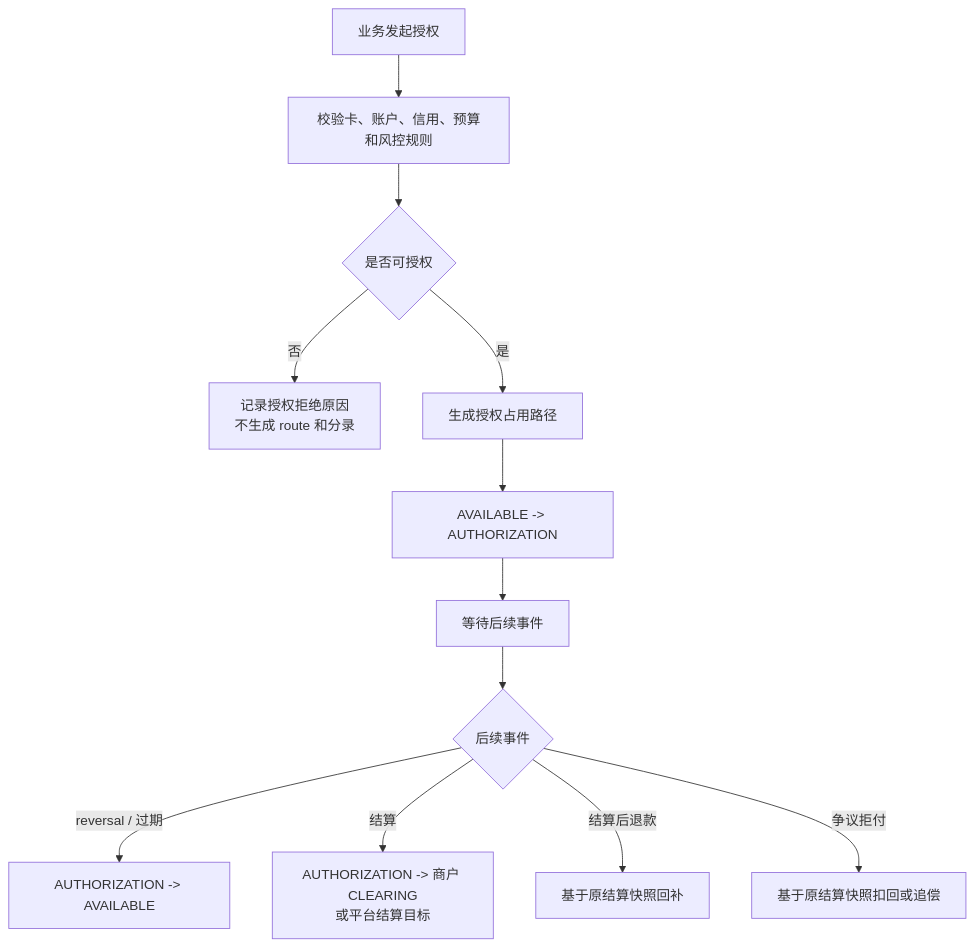
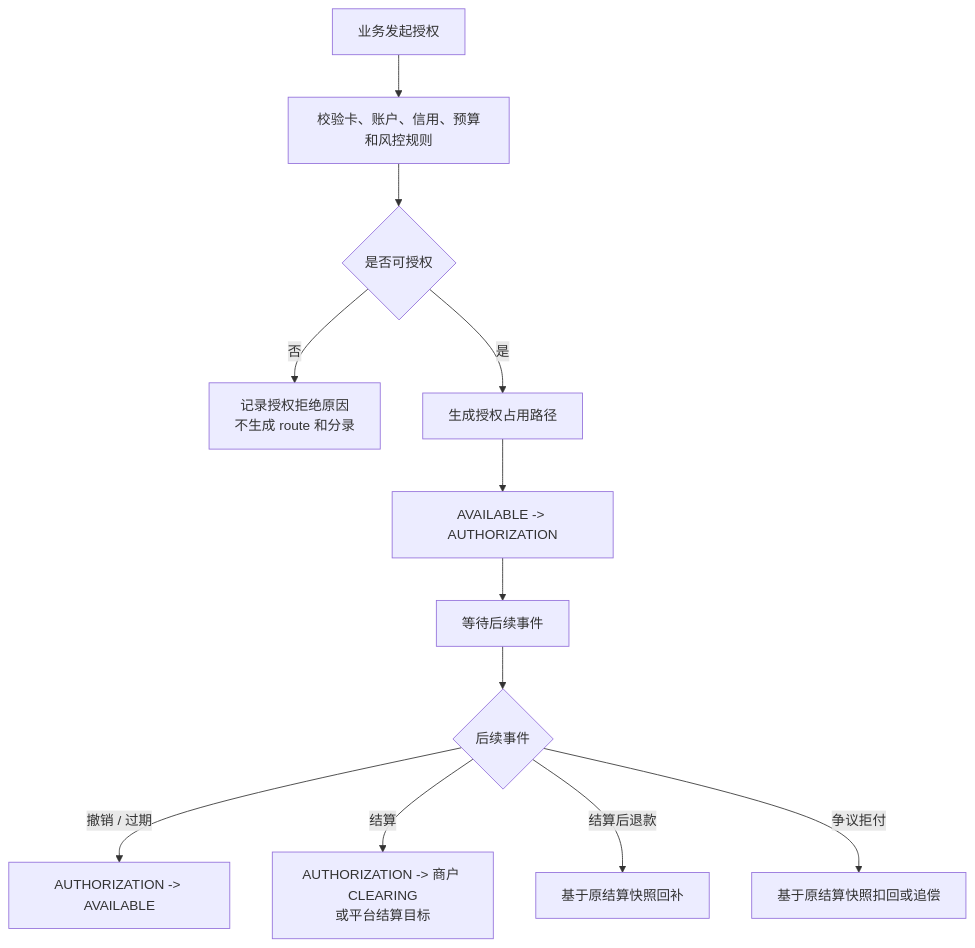
The third of 13 diagrams in docs/产品设计/02-交易路由钱包账目与投影.md (fengwuxp/wind-funds), drawn with Mermaid before and after one commit. The commit also changed other lines of this file and 3 other files, not shown here.

Commit message:
docs: restore authorization reversal wording

````diff
--- a/docs/产品设计/02-交易路由钱包账目与投影.md
+++ b/docs/产品设计/02-交易路由钱包账目与投影.md
@@ -122,14 +122,14 @@
 ```mermaid
 flowchart TD
     A["业务发起授权"] --> B["校验卡、账户、信用、预算和风控规则"]
     B --> C{"是否可授权"}
     C -- "否" --> D["记录授权拒绝原因\n不生成 route 和分录"]
     C -- "是" --> E["生成授权占用路径"]
     E --> F["AVAILABLE -> AUTHORIZATION"]
     F --> G["等待后续事件"]
     G --> H{"后续事件"}
-    H -- "reversal / 过期" --> I["AUTHORIZATION -> AVAILABLE"]
+    H -- "撤销 / 过期" --> I["AUTHORIZATION -> AVAILABLE"]
     H -- "结算" --> J["AUTHORIZATION -> 商户 CLEARING\n或平台结算目标"]
     H -- "结算后退款" --> K["基于原结算快照回补"]
     H -- "争议拒付" --> L["基于原结算快照扣回或追偿"]
 ```
````
